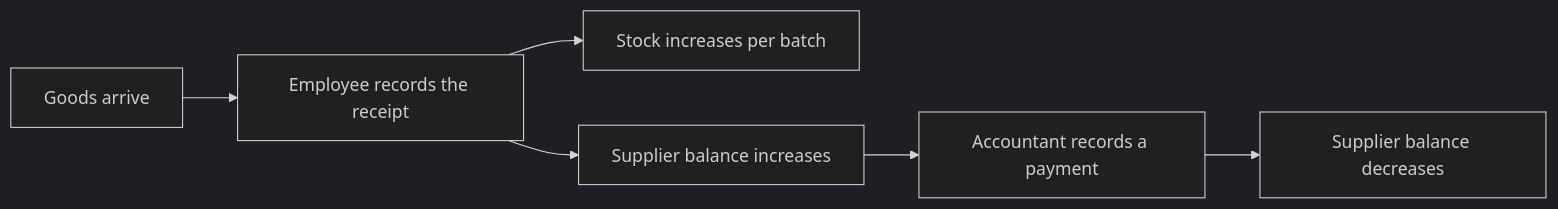
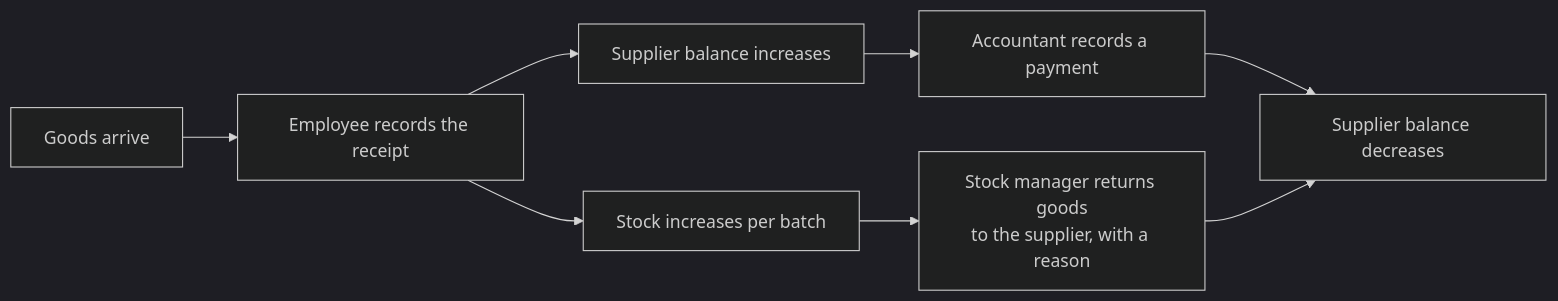
One commit to AhmedElnagarUU/Cosmo changed the diagram in docs/sub-plans/03-suppliers-and-receiving.md. Above: the diagram before and after it, drawn with Mermaid (dark theme). The commit also changed other lines of this file and 28 other files, not shown here.

First line of the commit message:
Confirm open decisions: offers, supplier returns, must-have products, working hours

````diff
--- a/docs/sub-plans/03-suppliers-and-receiving.md
+++ b/docs/sub-plans/03-suppliers-and-receiving.md
@@ -36,8 +37,10 @@
 ```mermaid
 flowchart LR
     A[Goods arrive] --> B[Employee records the receipt]
     B --> C[Stock increases per batch]
     B --> D[Supplier balance increases]
     D --> E[Accountant records a payment]
     E --> F[Supplier balance decreases]
+    C --> G[Stock manager returns goods<br/>to the supplier, with a reason]
+    G --> F
 ```
````
